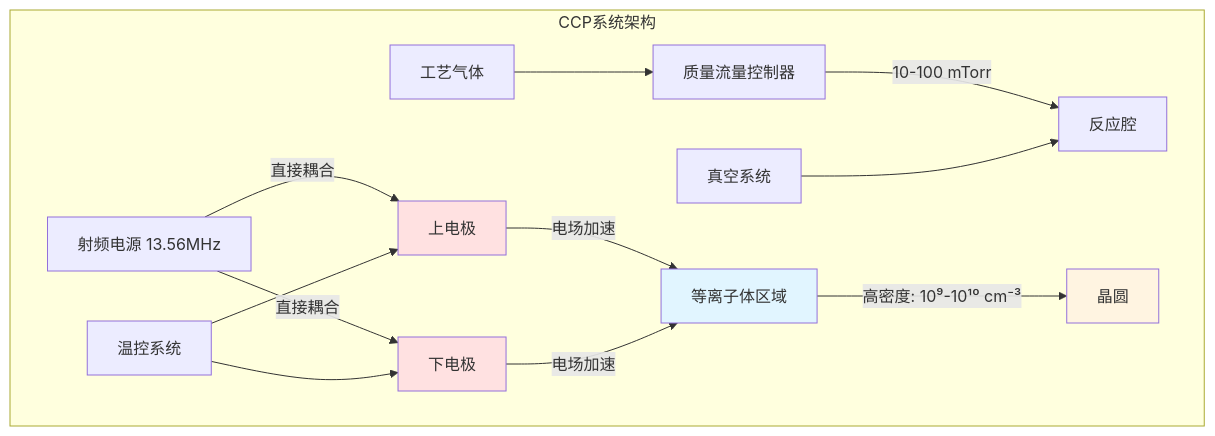
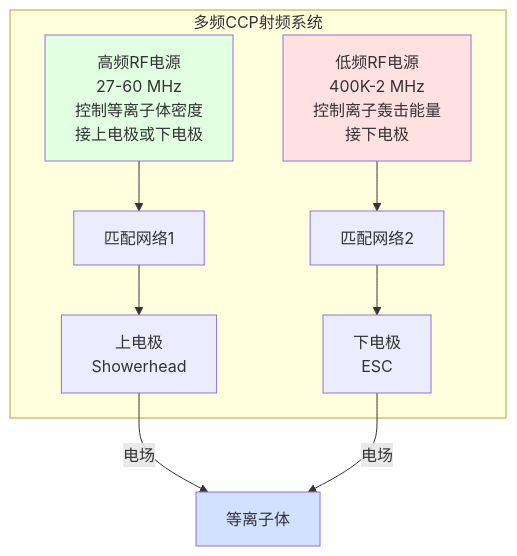
The seventh of 19 diagrams in source/chapters/03-ccp-system.rst (pty819/semiconductor-etching-sphinx), drawn with Mermaid before and after one commit. The commit also changed other lines of this file, not shown here.

```diff
--- a/source/chapters/03-ccp-system.rst
+++ b/source/chapters/03-ccp-system.rst
@@ -19,23 +379,20 @@
 .. mermaid::
 
    graph TB
-       subgraph CCP系统架构
-           RF[射频电源 13.56MHz] -->|直接耦合| UpperElectrode[上电极]
-           RF -->|直接耦合| LowerElectrode[下电极]
-           UpperElectrode -->|电场加速| Plasma[等离子体区域]
-           LowerElectrode -->|电场加速| Plasma
-           
-           Gas[工艺气体] --> MFC[质量流量控制器]
-           MFC -->|10-100 mTorr| Chamber[反应腔]
-           
-           Plasma -->|高密度: 10⁹-10¹⁰ cm⁻³| Wafer[晶圆]
-           
-           Vacuum[真空系统] --> Chamber
-           TC[温控系统] --> UpperElectrode
-           TC --> LowerElectrode
+       subgraph 多频CCP射频系统
+           HF[高频RF电源<br/>27-60 MHz<br/>控制等离子体密度<br/>接上电极或下电极]
+           LF[低频RF电源<br/>400K-2 MHz<br/>控制离子轰击能量<br/>接下电极]
+           MN1[匹配网络1]
+           MN2[匹配网络2]
+           UE[上电极<br/>Showerhead]
+           LE[下电极<br/>ESC]
        end
-       
-       style Plasma fill:#e1f5ff
-       style Wafer fill:#fff4e1
-       style UpperElectrode fill:#ffe1e1
-       style LowerElectrode fill:#ffe1e1
+
+       HF --> MN1 --> UE
+       LF --> MN2 --> LE
+       UE -->|电场| Plasma[等离子体]
+       LE -->|电场| Plasma
+
+       style HF fill:#e1ffe1
+       style LF fill:#ffe1e1
+       style Plasma fill:#d1e1ff
```
